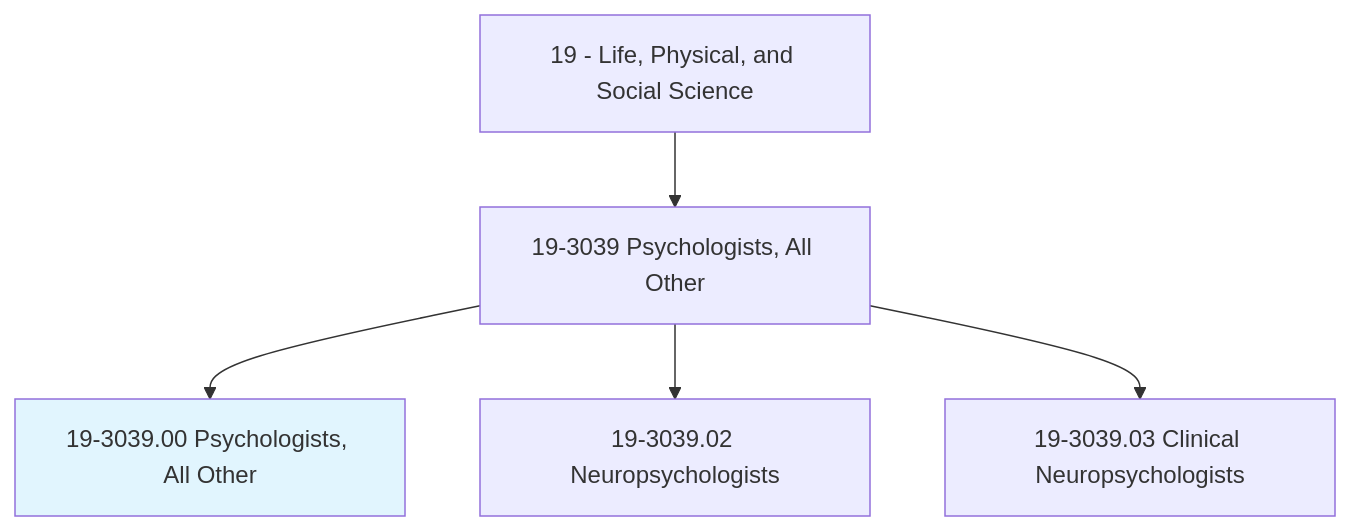
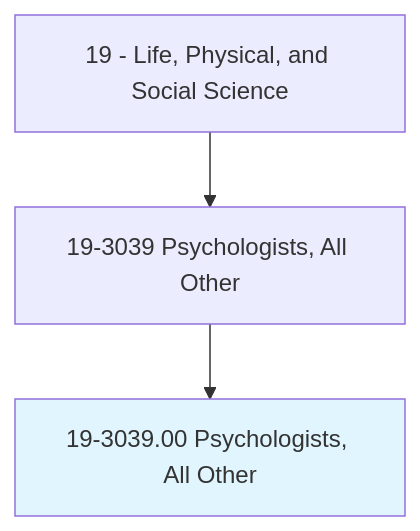
The first of 4 diagrams in occupations/Science/Psychologists.mdx (kziemski/business.org.ai), drawn with Mermaid before and after one commit. The commit also changed other lines of this file and 938 other files, not shown here.

````diff
--- a/occupations/Science/Psychologists.mdx
+++ b/occupations/Science/Psychologists.mdx
@@ -19,8 +23,6 @@
 ```mermaid
 graph TD
     Cat19["19 - Life, Physical, and Social Science"] --> Group193039["19-3039 Psychologists, All Other"]
     Group193039 --> Current["19-3039.00 Psychologists, All Other"]
     style Current fill:#e1f5fe
-    Group193039 --> V19303902["19-3039.02 Neuropsychologists"]
-    Group193039 --> V19303903["19-3039.03 Clinical Neuropsychologists"]
 ```
````
